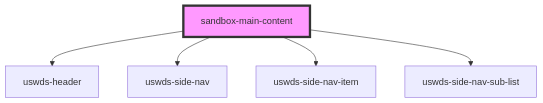
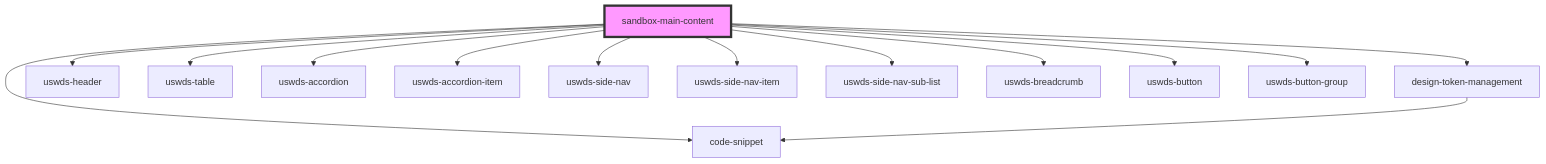
The diagram in packages/weiss-sandbox/src/components/sandbox-main-content/readme.md (WeissCenter/uswds-sandbox), drawn with Mermaid before and after one commit. The commit also changed other lines of this file and 39 other files, not shown here.

````diff
--- a/packages/weiss-sandbox/src/components/sandbox-main-content/readme.md
+++ b/packages/weiss-sandbox/src/components/sandbox-main-content/readme.md
@@ -18,8 +26,17 @@
 ```mermaid
 graph TD;
+  sandbox-main-content --> design-token-management
   sandbox-main-content --> uswds-header
+  sandbox-main-content --> uswds-table
+  sandbox-main-content --> uswds-accordion
+  sandbox-main-content --> uswds-accordion-item
+  sandbox-main-content --> code-snippet
   sandbox-main-content --> uswds-side-nav
   sandbox-main-content --> uswds-side-nav-item
   sandbox-main-content --> uswds-side-nav-sub-list
+  sandbox-main-content --> uswds-breadcrumb
+  sandbox-main-content --> uswds-button
+  sandbox-main-content --> uswds-button-group
+  design-token-management --> code-snippet
   style sandbox-main-content fill:#f9f,stroke:#333,stroke-width:4px
 ```
````
